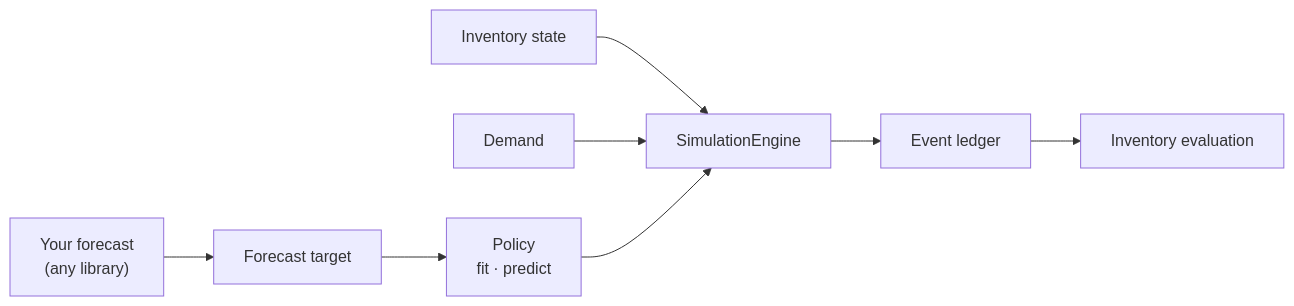
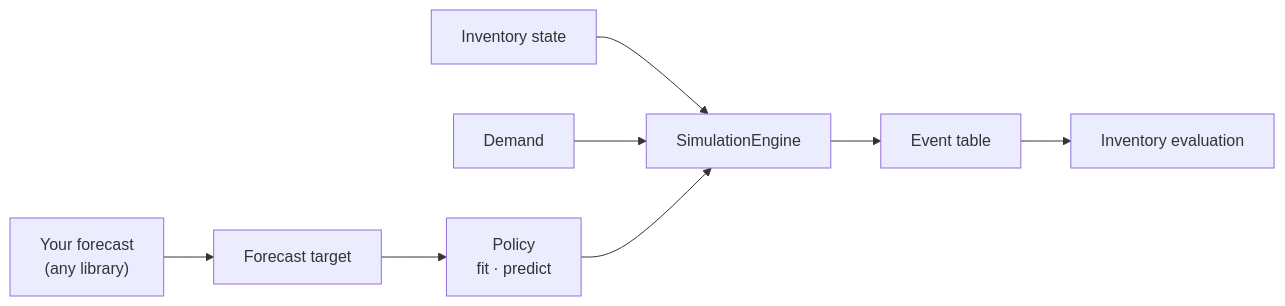
Before and after one commit to FilTheo/stockcast: the first of 2 diagrams in docs/index.md, drawn with Mermaid. The commit also changed other lines of this file and 66 other files, not shown here.

First line of the commit message:
Docs: call the run record the "event table", not the "ledger"

````diff
--- a/docs/index.md
+++ b/docs/index.md
@@ -42,10 +42,10 @@
 ```mermaid
 flowchart LR
     F["Your forecast<br/>(any library)"] --> T["Forecast target"]
     T --> P["Policy<br/>fit · predict"]
     S["Inventory state"] --> E
     D["Demand"] --> E
     P --> E["SimulationEngine"]
-    E --> L["Event ledger"]
+    E --> L["Event table"]
     L --> M["Inventory evaluation"]
 ```
````
